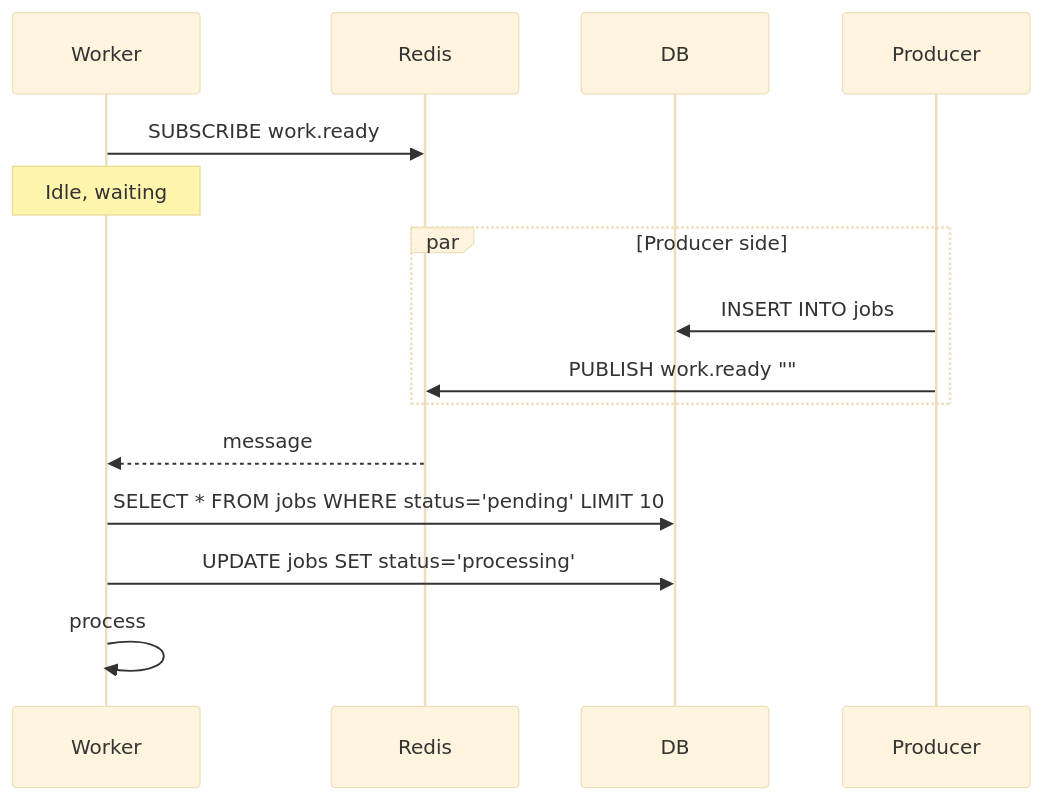
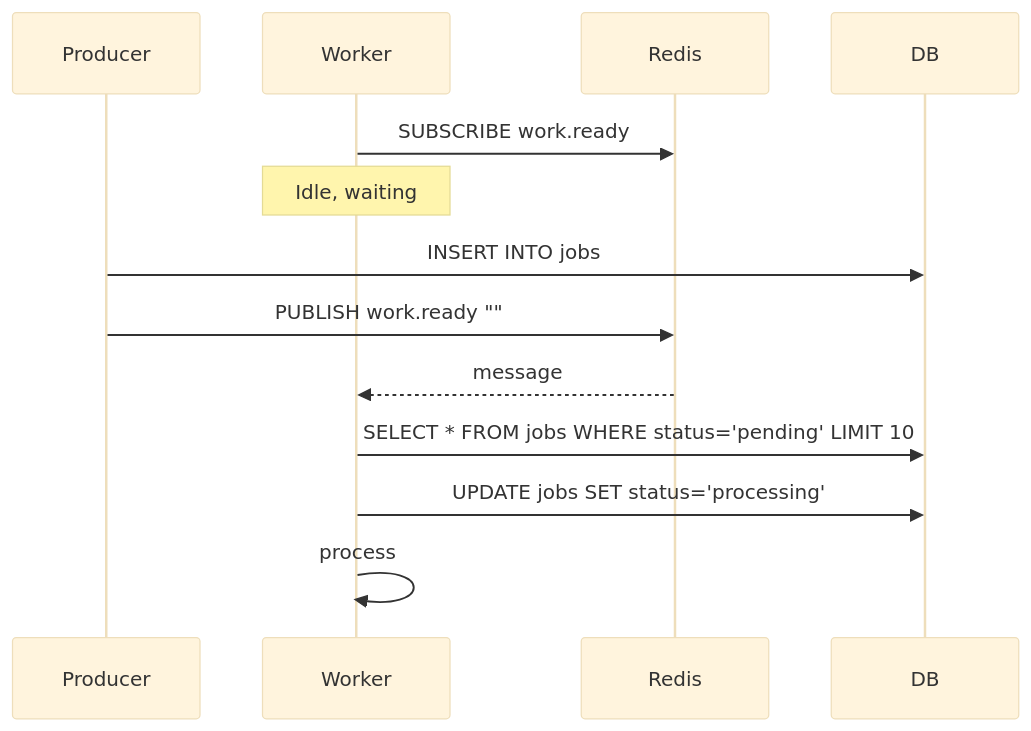
One commit to cartmancodes/InterviewVault changed diagram 11 of 13 in LLD/CoreConcepts/Redis.md. Above: the diagram before and after it, drawn with Mermaid (base theme). The commit also changed other lines of this file, not shown here.

First line of the commit message:
Fix mermaid diagram rendering issues in Redis.md

````diff
--- a/LLD/CoreConcepts/Redis.md
+++ b/LLD/CoreConcepts/Redis.md
@@ -590,19 +590,18 @@
 ```mermaid
 sequenceDiagram
+    participant Producer
     participant Worker
     participant R as Redis
     participant DB
 
     Worker->>R: SUBSCRIBE work.ready
     Note over Worker: Idle, waiting
 
-    par Producer side
-        Producer->>DB: INSERT INTO jobs
-        Producer->>R: PUBLISH work.ready ""
-    end
+    Producer->>DB: INSERT INTO jobs
+    Producer->>R: PUBLISH work.ready ""
 
     R-->>Worker: message
     Worker->>DB: SELECT * FROM jobs WHERE status='pending' LIMIT 10
     Worker->>DB: UPDATE jobs SET status='processing'
     Worker->>Worker: process
 ```
````
